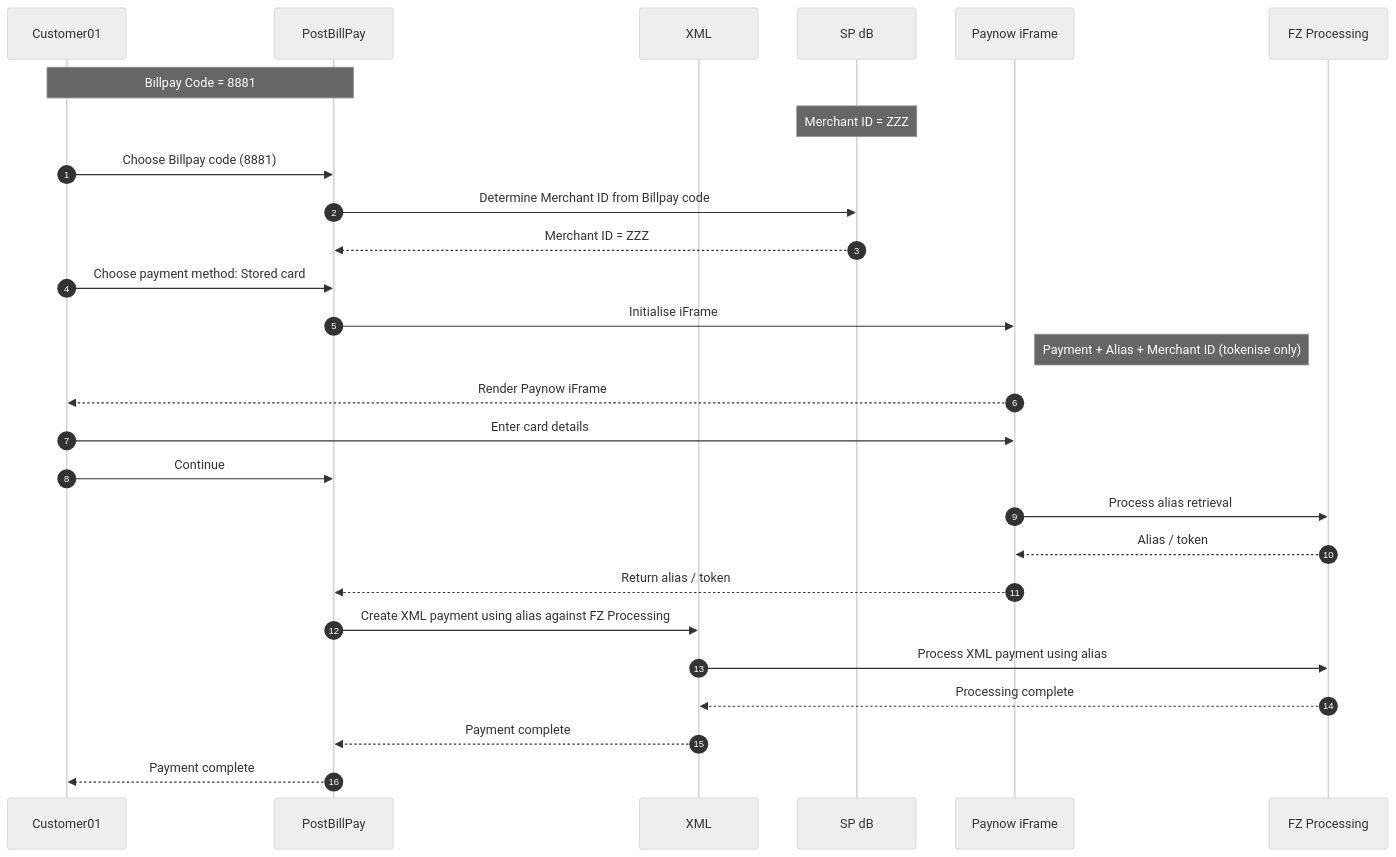
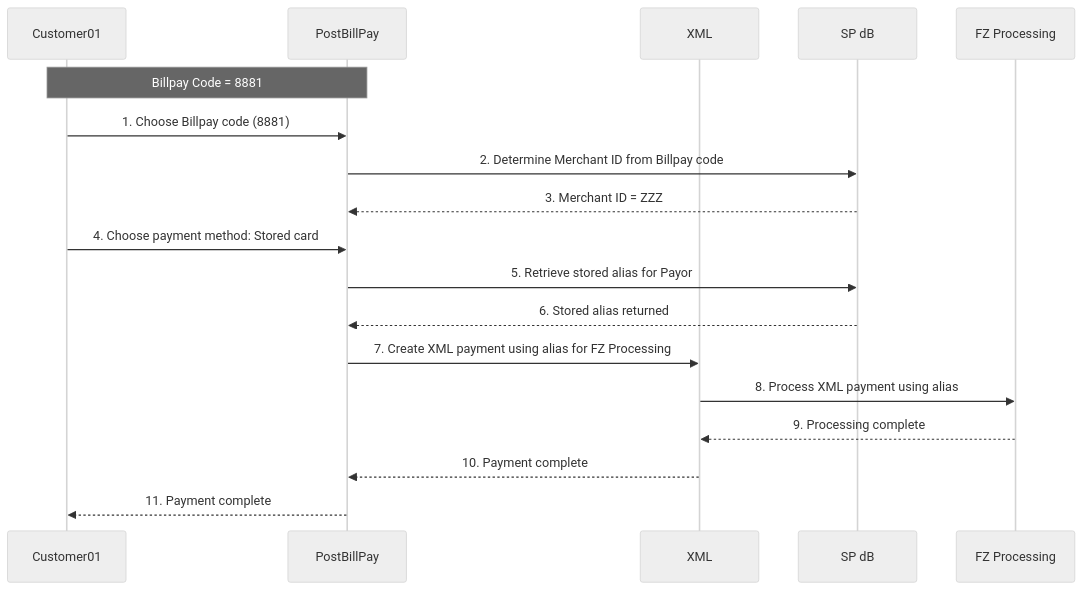
One commit to stu-woodward/architecture-diagrams changed the diagram in postbillpay/option2-card-stored.mmd. Above: the diagram before and after it, drawn with Mermaid (neutral theme).

Commit message:
Simplify current stored card flow

```diff
--- a/postbillpay/option2-card-stored.mmd
+++ b/postbillpay/option2-card-stored.mmd
@@ -1,38 +1,26 @@
 sequenceDiagram
-    autonumber
-
-    participant Customer as Customer01
-    participant PBP as PostBillPay
+    participant Customer01
+    participant PostBillPay
     participant XML
     participant SPDB as SP dB
-    participant Paynow as Paynow iFrame
     participant FZ as FZ Processing
 
-    Note over Customer,PBP: Billpay Code = 8881
-    Note over SPDB: Merchant ID = ZZZ
+    Note over Customer01,PostBillPay: Billpay Code = 8881
 
-    Customer->>PBP: Choose Billpay code (8881)
-    PBP->>SPDB: Determine Merchant ID from Billpay code
-    SPDB-->>PBP: Merchant ID = ZZZ
+    Customer01->>PostBillPay: 1. Choose Billpay code (8881)
 
-    Customer->>PBP: Choose payment method: Stored card
+    PostBillPay->>SPDB: 2. Determine Merchant ID from Billpay code
+    SPDB-->>PostBillPay: 3. Merchant ID = ZZZ
 
-    PBP->>Paynow: Initialise iFrame
-    Note right of Paynow: Payment + Alias + Merchant ID (tokenise only)
+    Customer01->>PostBillPay: 4. Choose payment method: Stored card
 
-    Paynow-->>Customer: Render Paynow iFrame
+    PostBillPay->>SPDB: 5. Retrieve stored alias for Payor
+    SPDB-->>PostBillPay: 6. Stored alias returned
 
-    Customer->>Paynow: Enter card details
-    Customer->>PBP: Continue
+    PostBillPay->>XML: 7. Create XML payment using alias for FZ Processing
 
-    Paynow->>FZ: Process alias retrieval
-    FZ-->>Paynow: Alias / token
+    XML->>FZ: 8. Process XML payment using alias
+    FZ-->>XML: 9. Processing complete
 
-    Paynow-->>PBP: Return alias / token
-
-    PBP->>XML: Create XML payment using alias against FZ Processing
-    XML->>FZ: Process XML payment using alias
-    FZ-->>XML: Processing complete
-
-    XML-->>PBP: Payment complete
-    PBP-->>Customer: Payment complete
+    XML-->>PostBillPay: 10. Payment complete
+    PostBillPay-->>Customer01: 11. Payment complete
```
